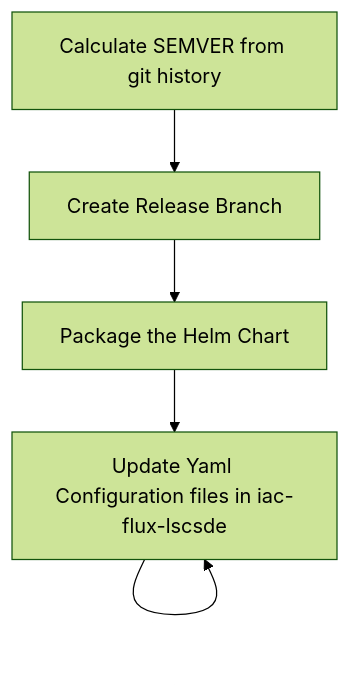
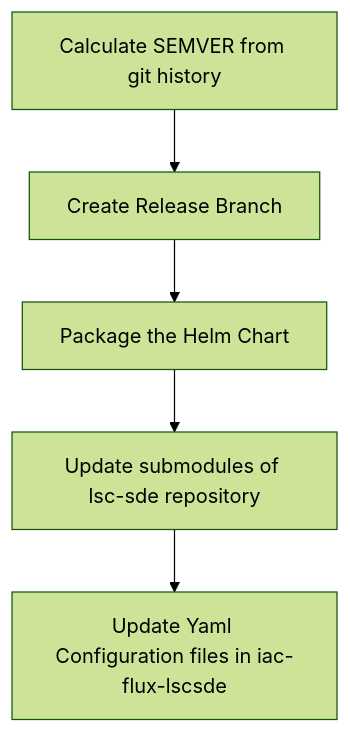
Before and after one commit to lsc-sde/lsc-sde: the diagram in iac/helm/README.md, drawn with Mermaid (forest theme).

Commit message:
fix to mermaid diagram

````diff
--- a/iac/helm/README.md
+++ b/iac/helm/README.md
@@ -28,4 +28,4 @@
 ```mermaid
 flowchart TB
-semver[Calculate SEMVER from git history] --> branch[Create Release Branch] --> package[Package the Helm Chart] --> update[Update submodules of lsc-sde repository] --> update[Update Yaml Configuration files in iac-flux-lscsde]
+semver[Calculate SEMVER from git history] --> branch[Create Release Branch] --> package[Package the Helm Chart] --> update[Update submodules of lsc-sde repository] --> updateyaml[Update Yaml Configuration files in iac-flux-lscsde]
 ```
````
